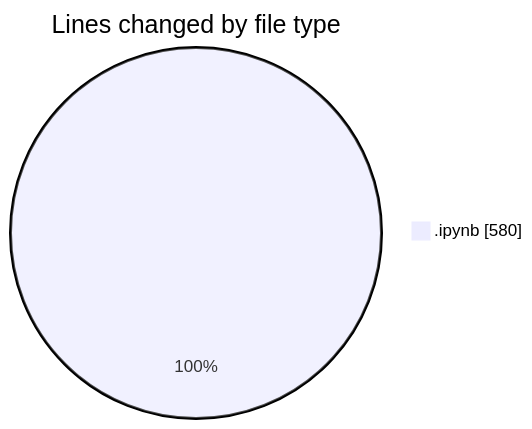
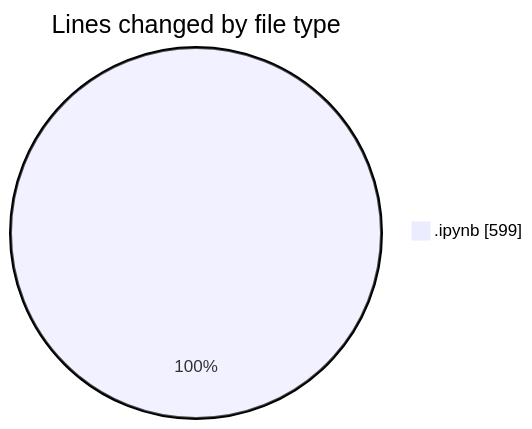
The first of 2 diagrams in 2026-09-01/pws_v/README.md (Unknowalive/code-tracking), drawn with Mermaid before and after one commit. The commit also changed other lines of this file and 1 other file, not shown here.

````diff
--- a/2026-09-01/pws_v/README.md
+++ b/2026-09-01/pws_v/README.md
@@ -20,5 +20,5 @@
 ```mermaid
 pie showData
 title Lines changed by file type
-".ipynb" : 580
+".ipynb" : 599
 ```
````
